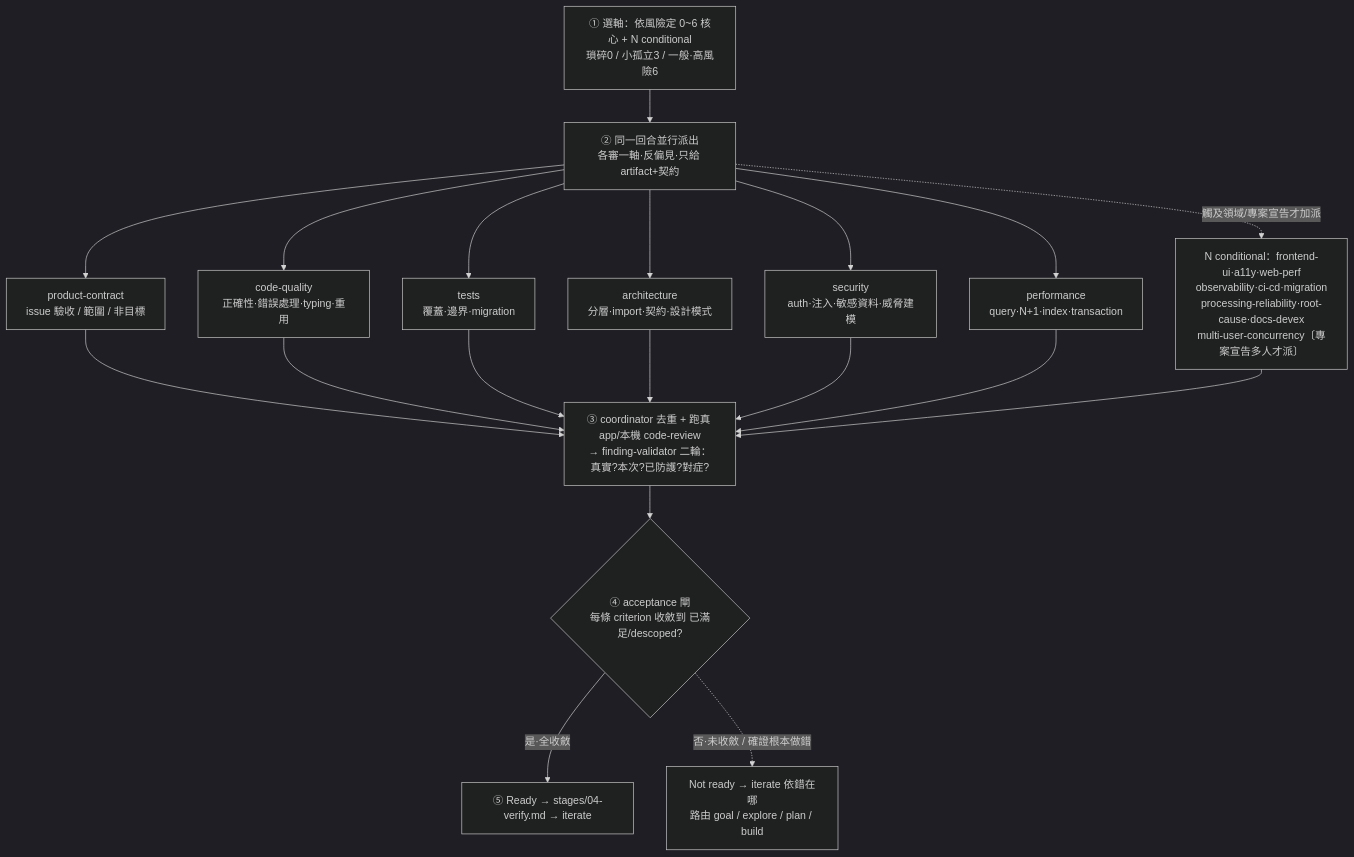
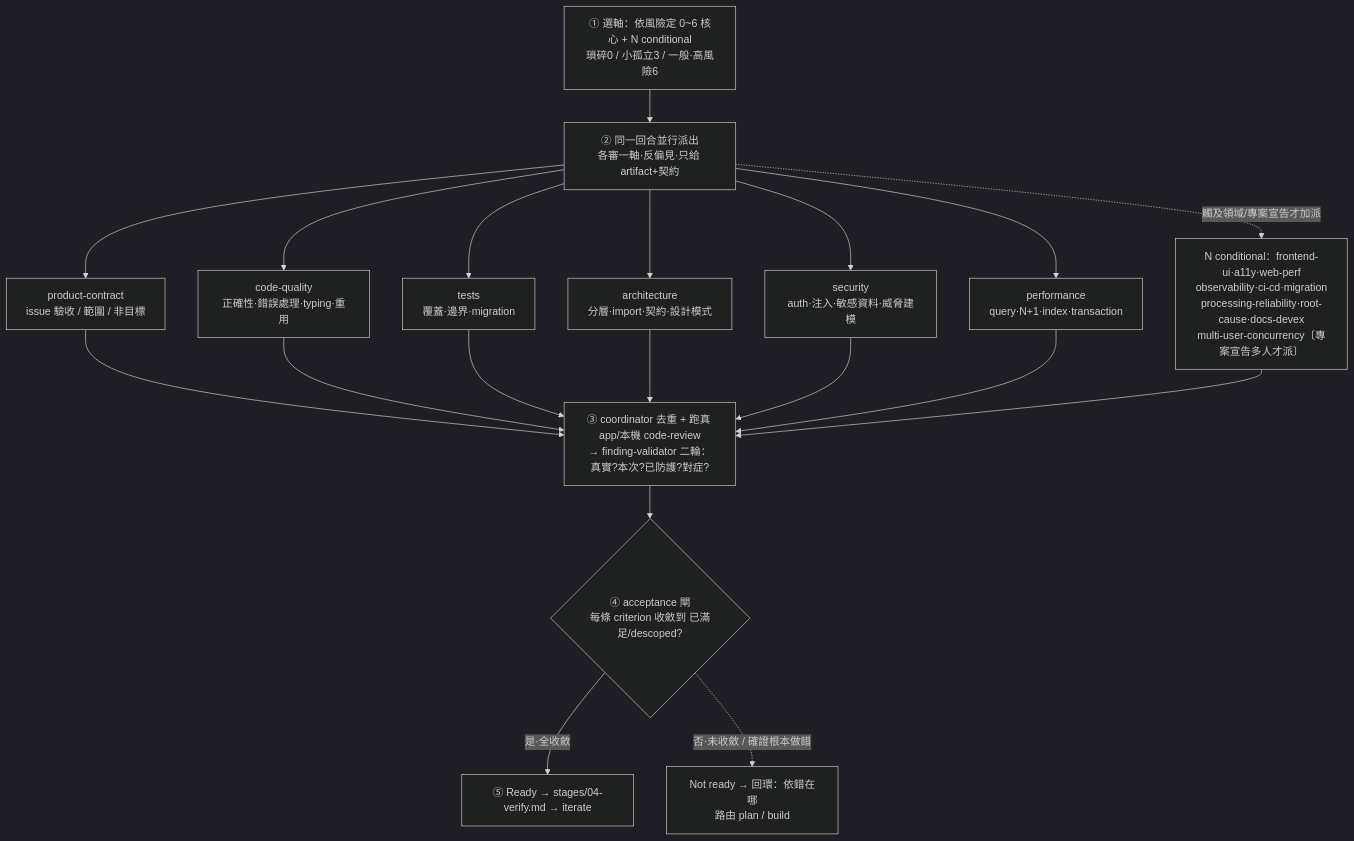
Before and after one commit to adha9990/dev-workflows: the fourth of 4 diagrams in plugins/loops-workflow/docs/FLOW.md, drawn with Mermaid (dark theme). The commit also changed other lines of this file and 62 other files, not shown here.

First line of the commit message:
feat(workflow)：以 handoff checkpoints 重構階段、Goal Contract 與 Explore 協定 (#219) (#225)

````diff
--- a/plugins/loops-workflow/docs/FLOW.md
+++ b/plugins/loops-workflow/docs/FLOW.md
@@ -204,15 +224,15 @@
 ```mermaid
 flowchart TD
     S1[① 選軸：依風險定 0~6 核心 + N conditional<br/>瑣碎0 / 小孤立3 / 一般·高風險6] --> S2[② 同一回合並行派出<br/>各審一軸·反偏見·只給 artifact+契約]
     S2 --> R1[product-contract<br/>issue 驗收 / 範圍 / 非目標]
     S2 --> R2[code-quality<br/>正確性·錯誤處理·typing·重用]
     S2 --> R3[tests<br/>覆蓋·邊界·migration]
     S2 --> R4[architecture<br/>分層·import·契約·設計模式]
     S2 --> R5[security<br/>auth·注入·敏感資料·威脅建模]
     S2 --> R6[performance<br/>query·N+1·index·transaction]
     S2 -.觸及領域/專案宣告才加派.-> COND[N conditional：frontend-ui·a11y·web-perf<br/>observability·ci-cd·migration<br/>processing-reliability·root-cause·docs-devex<br/>multi-user-concurrency〔專案宣告多人才派〕]
     R1 & R2 & R3 & R4 & R5 & R6 & COND --> CO[③ coordinator 去重 + 跑真 app/本機 code-review<br/>→ finding-validator 二輪：真實?本次?已防護?對症?]
     CO --> S4{④ acceptance 閘<br/>每條 criterion 收斂到 已滿足/descoped?}
     S4 -->|是·全收斂| S5[⑤ Ready → stages/04-verify.md → iterate]
-    S4 -.否·未收斂 / 確證根本做錯.-> ITER[Not ready → iterate 依錯在哪<br/>路由 goal / explore / plan / build]
+    S4 -.否·未收斂 / 確證根本做錯.-> ITER[Not ready → 回環：依錯在哪<br/>路由 plan / build]
 ```
````
